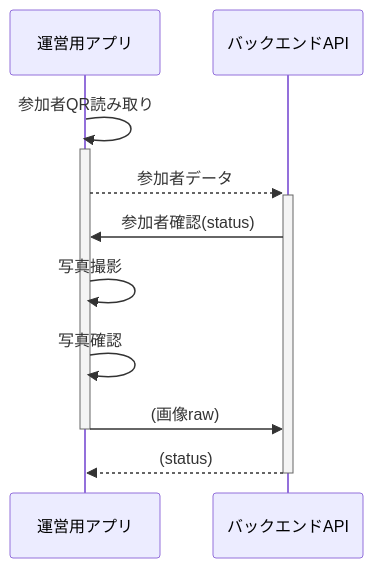
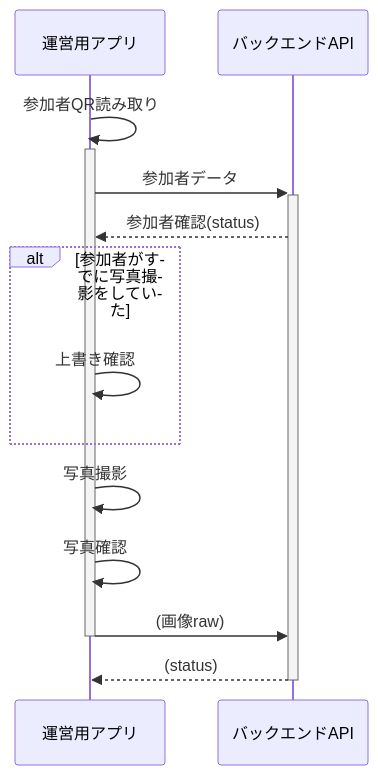
One commit to after-school-garbage-squad/repaint-architecture changed diagram 13 of 13 in docs/sequence/admin.md. Above: the diagram before and after it, drawn with Mermaid.

Commit message:
feat: overwrite confirmation before take photo

````diff
--- a/docs/sequence/admin.md
+++ b/docs/sequence/admin.md
@@ -165,13 +165,16 @@
 ```mermaid
 sequenceDiagram
     participant app as 運営用アプリ
     participant back as バックエンドAPI
     app ->>+ app: 参加者QR読み取り
-    app -->>+ back: 参加者データ
-    back ->> app: 参加者確認(status)
+    app ->>+ back: 参加者データ
+    back -->> app: 参加者確認(status)
+    alt 参加者がすでに写真撮影をしていた
+        app ->> app: 上書き確認
+    end
     app ->> app: 写真撮影
     app ->> app: 写真確認
     app ->>- back: (画像raw)
     back -->>- app: (status)
     
 ```
````
